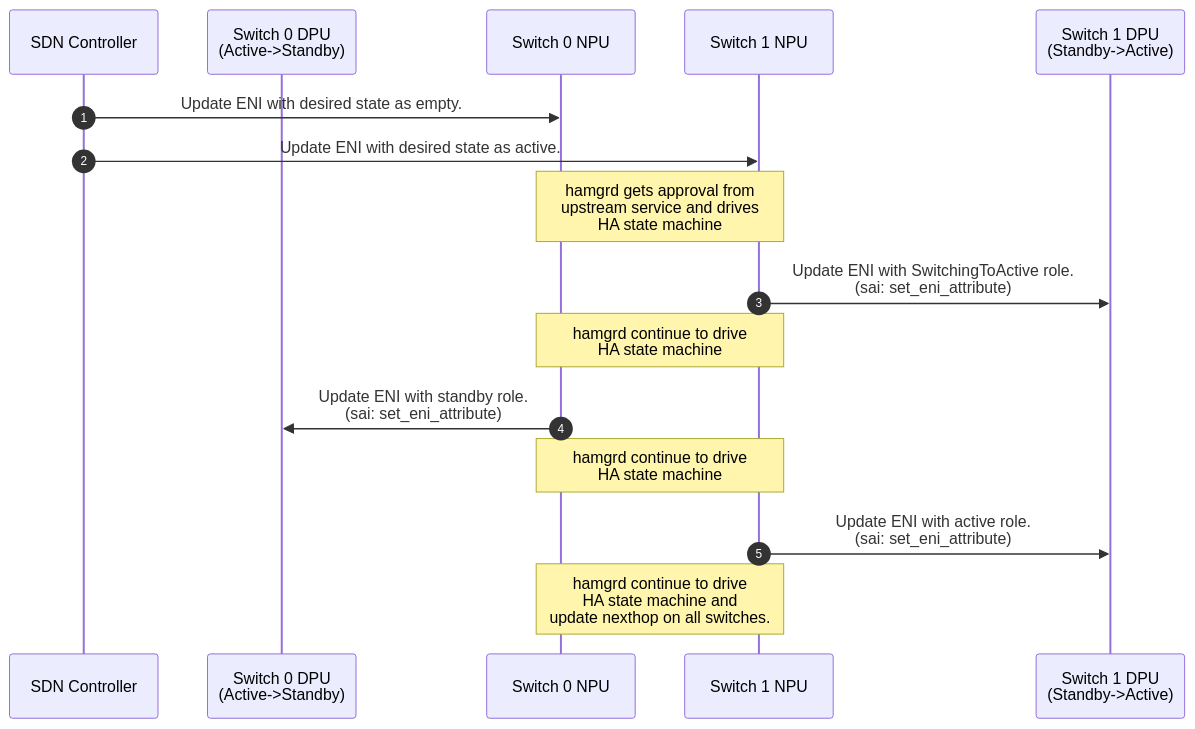
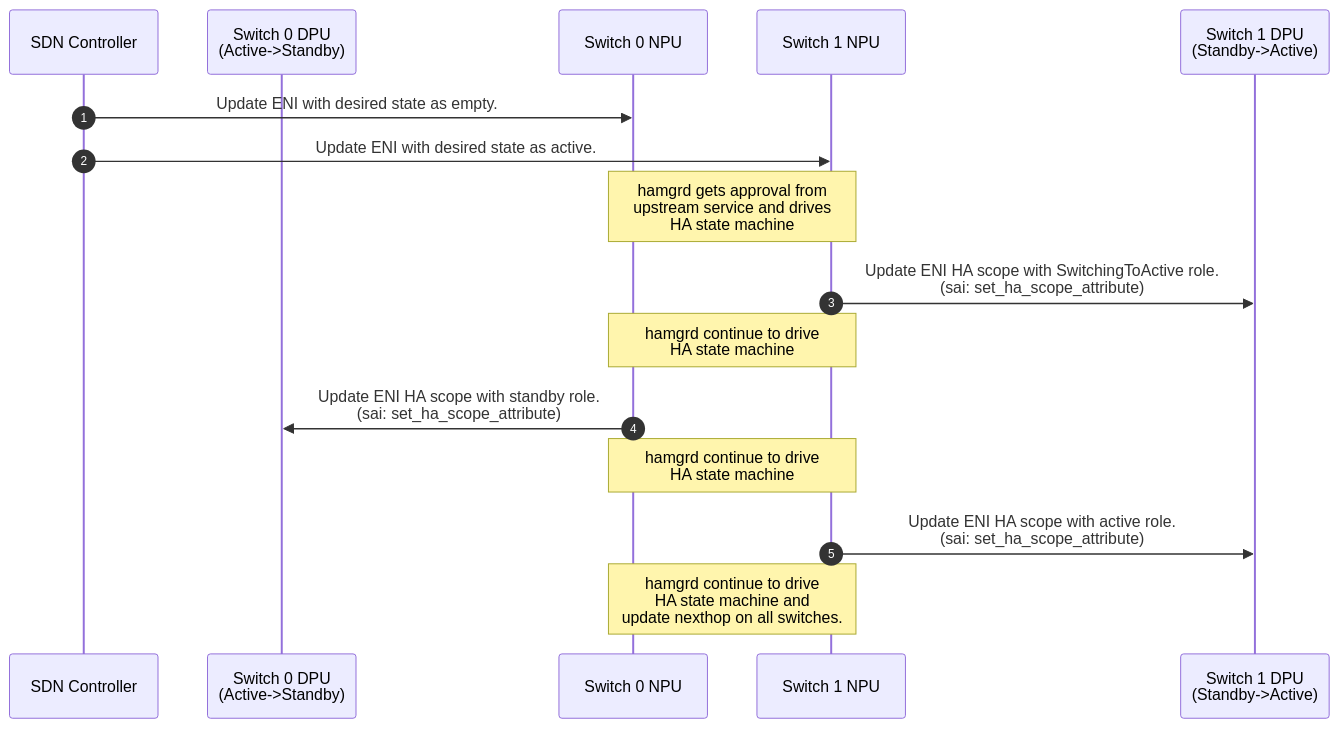
Before and after one commit to sonic-net/DASH: the third of 5 diagrams in documentation/high-avail/ha-api-hld.md, drawn with Mermaid. The commit also changed other lines of this file, not shown here.

````diff
--- a/documentation/high-avail/ha-api-hld.md
+++ b/documentation/high-avail/ha-api-hld.md
@@ -437,22 +437,22 @@
 ```mermaid
 sequenceDiagram
     autonumber
 
     participant SDN as SDN Controller
     participant S0D as Switch 0 DPU<br>(Active->Standby)
     participant S0N as Switch 0 NPU
     participant S1N as Switch 1 NPU
     participant S1D as Switch 1 DPU<br>(Standby->Active)
 
     SDN->>S0N: Update ENI with desired state as empty.
     SDN->>S1N: Update ENI with desired state as active.
     Note over S0N,S1N: hamgrd gets approval from<br>upstream service and drives<br>HA state machine
 
-    S1N->>S1D: Update ENI with SwitchingToActive role.<br>(sai: set_eni_attribute)
+    S1N->>S1D: Update ENI HA scope with SwitchingToActive role.<br>(sai: set_ha_scope_attribute)
     Note over S0N,S1N: hamgrd continue to drive<br>HA state machine
-    S0N->>S0D: Update ENI with standby role.<br>(sai: set_eni_attribute)
+    S0N->>S0D: Update ENI HA scope with standby role.<br>(sai: set_ha_scope_attribute)
     Note over S0N,S1N: hamgrd continue to drive<br>HA state machine
-    S1N->>S1D: Update ENI with active role.<br>(sai: set_eni_attribute)
+    S1N->>S1D: Update ENI HA scope with active role.<br>(sai: set_ha_scope_attribute)
 
     Note over S0N,S1N: hamgrd continue to drive<br>HA state machine and<br>update nexthop on all switches.
 ```
````
